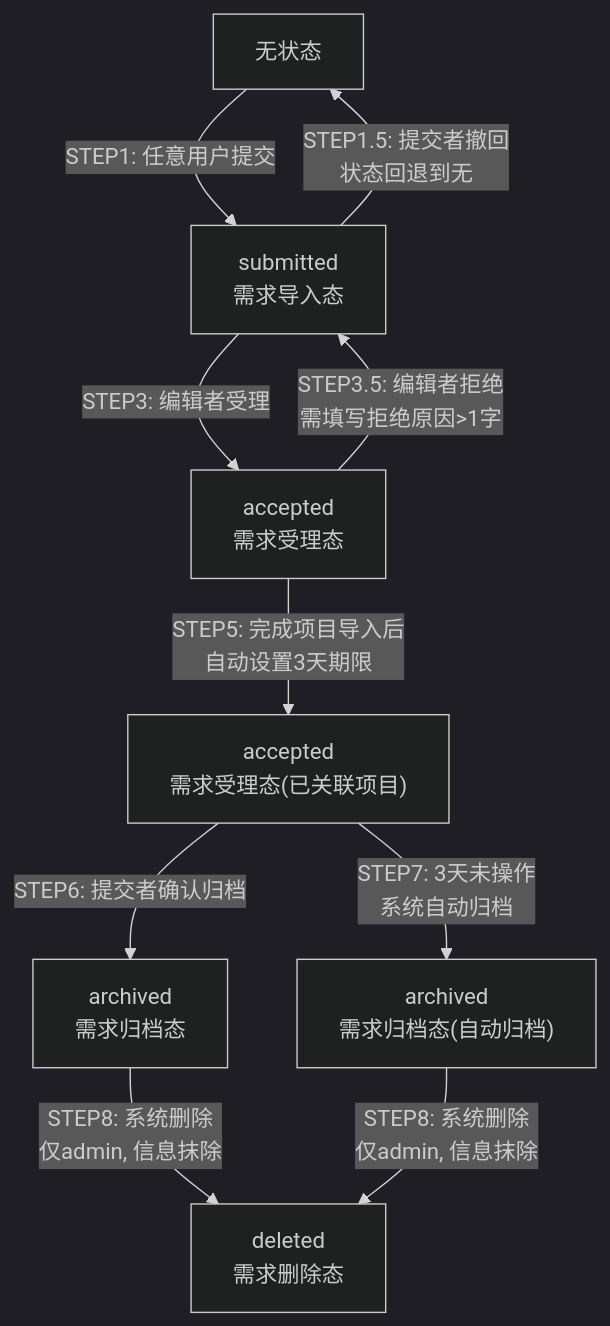
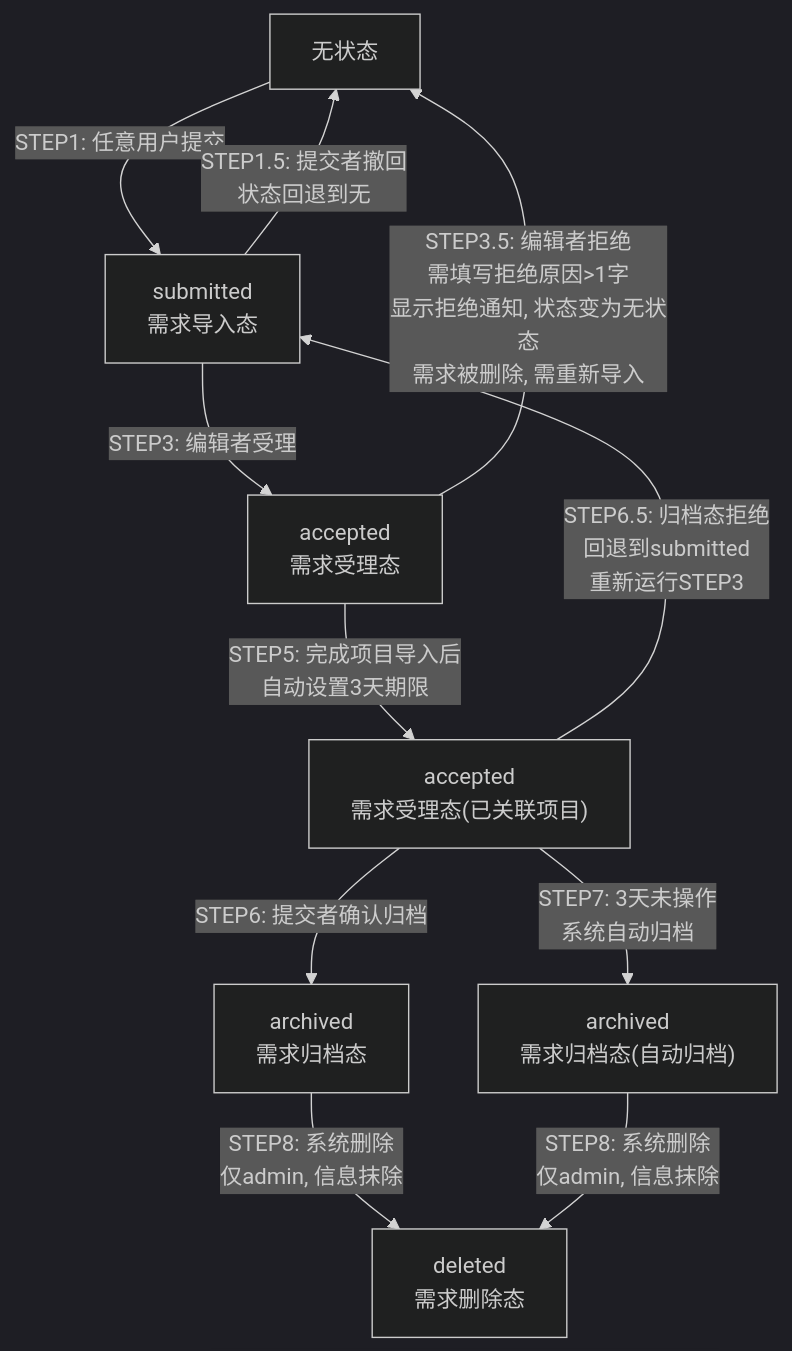
One commit to kill-Japanese/report-check changed the diagram in docs/demand-import-plan.md. Above: the diagram before and after it, drawn with Mermaid (dark theme). The commit also changed other lines of this file, not shown here.

````diff
--- a/docs/demand-import-plan.md
+++ b/docs/demand-import-plan.md
@@ -71,12 +71,13 @@
 ```mermaid
 flowchart TD
     A["无状态"] -->|STEP1: 任意用户提交| B["submitted<br/>需求导入态"]
     B -->|STEP1.5: 提交者撤回<br/>状态回退到无| A
     B -->|STEP3: 编辑者受理| C["accepted<br/>需求受理态"]
-    C -->|STEP3.5: 编辑者拒绝<br/>需填写拒绝原因>1字| B
+    C -->|STEP3.5: 编辑者拒绝<br/>需填写拒绝原因>1字<br/>显示拒绝通知, 状态变为无状态<br/>需求被删除, 需重新导入| A
     C -->|STEP5: 完成项目导入后<br/>自动设置3天期限| D["accepted<br/>需求受理态(已关联项目)"]
     D -->|STEP6: 提交者确认归档| E["archived<br/>需求归档态"]
+    D -->|STEP6.5: 归档态拒绝<br/>回退到submitted<br/>重新运行STEP3| B
     D -->|STEP7: 3天未操作<br/>系统自动归档| F["archived<br/>需求归档态(自动归档)"]
     E -->|STEP8: 系统删除<br/>仅admin, 信息抹除| G["deleted<br/>需求删除态"]
     F -->|STEP8: 系统删除<br/>仅admin, 信息抹除| G
 ```
````
